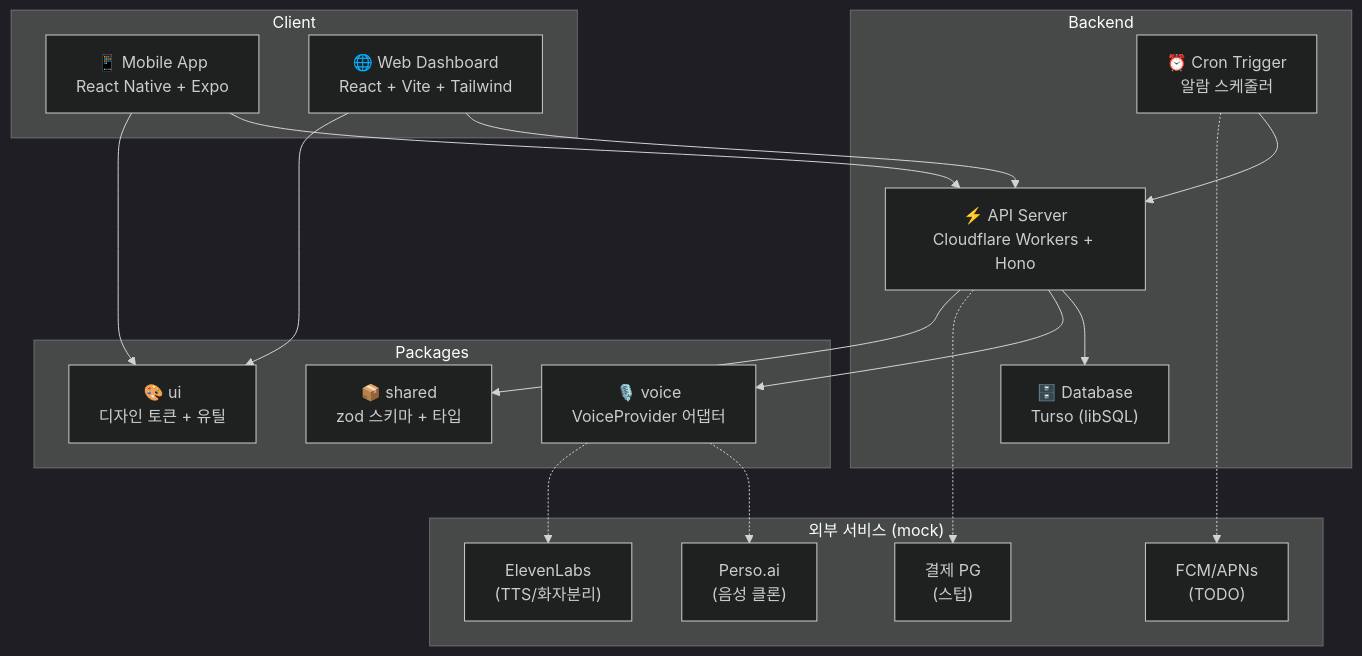
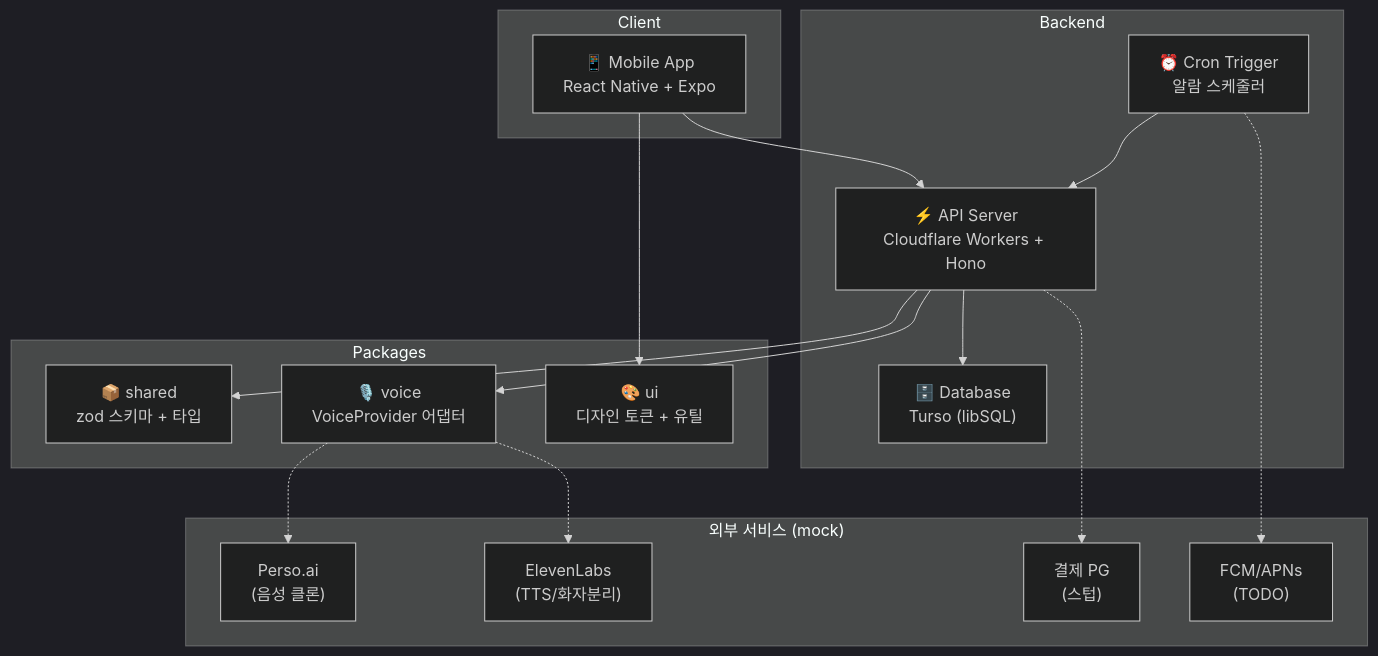
The diagram in README.md (perso-devrel/voice_alarm), drawn with Mermaid (dark theme) before and after one commit. The commit also changed other lines of this file and 65 other files, not shown here.

````diff
--- a/README.md
+++ b/README.md
@@ -9,39 +9,36 @@
 ```mermaid
 graph TB
     subgraph Client
         Mobile["📱 Mobile App<br/>React Native + Expo"]
-        Web["🌐 Web Dashboard<br/>React + Vite + Tailwind"]
     end
 
     subgraph Backend
         API["⚡ API Server<br/>Cloudflare Workers + Hono"]
         DB["🗄️ Database<br/>Turso (libSQL)"]
         Cron["⏰ Cron Trigger<br/>알람 스케줄러"]
     end
 
     subgraph Packages
         Shared["📦 shared<br/>zod 스키마 + 타입"]
         Voice["🎙️ voice<br/>VoiceProvider 어댑터"]
         UI["🎨 ui<br/>디자인 토큰 + 유틸"]
     end
 
     subgraph External["외부 서비스 (mock)"]
         PersoAI["Perso.ai<br/>(음성 클론)"]
         ElevenLabs["ElevenLabs<br/>(TTS/화자분리)"]
         PG["결제 PG<br/>(스텁)"]
         FCM["FCM/APNs<br/>(TODO)"]
     end
 
     Mobile --> API
-    Web --> API
     API --> DB
     API --> Voice
     Cron --> API
     Voice -.-> PersoAI
     Voice -.-> ElevenLabs
     API -.-> PG
     Cron -.-> FCM
     Mobile --> UI
-    Web --> UI
     API --> Shared
 ```
````
